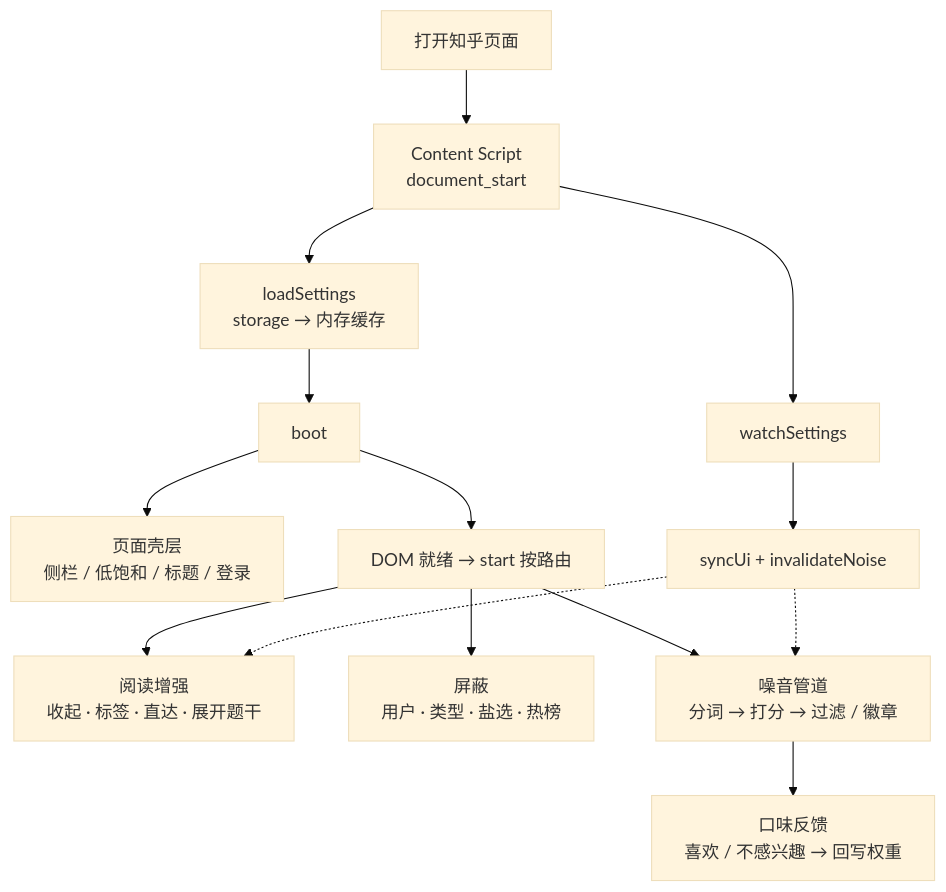
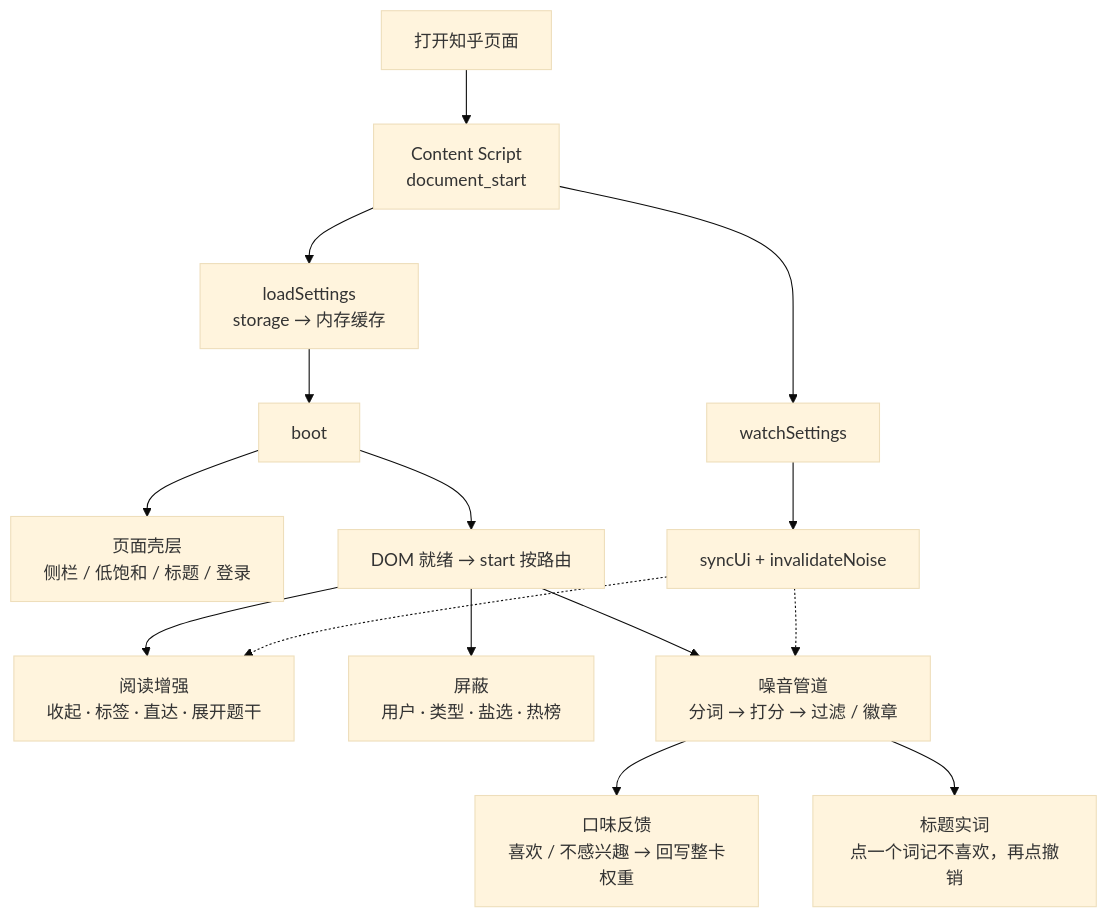
One commit to wenf0/zhihu-enhancement-plus changed the first of 2 diagrams in README.md. Above: the diagram before and after it, drawn with Mermaid (base theme). The commit also changed other lines of this file, not shown here.

````diff
--- a/README.md
+++ b/README.md
@@ -15,16 +15,17 @@
 ```mermaid
 flowchart TD
   A[打开知乎页面] --> B[Content Script<br/>document_start]
   B --> C[loadSettings<br/>storage → 内存缓存]
   C --> D[boot]
   D --> E[页面壳层<br/>侧栏 / 低饱和 / 标题 / 登录]
   D --> F[DOM 就绪 → start 按路由]
   F --> G[阅读增强<br/>收起 · 标签 · 直达 · 展开题干]
   F --> H[屏蔽<br/>用户 · 类型 · 盐选 · 热榜]
   F --> I[噪音管道<br/>分词 → 打分 → 过滤 / 徽章]
-  I --> J[口味反馈<br/>喜欢 / 不感兴趣 → 回写权重]
+  I --> J[口味反馈<br/>喜欢 / 不感兴趣 → 回写整卡权重]
+  I --> M[标题实词<br/>点一个词记不喜欢，再点撤销]
   B --> K[watchSettings]
   K --> L[syncUi + invalidateNoise]
   L -.-> G
   L -.-> I
 ```
````
